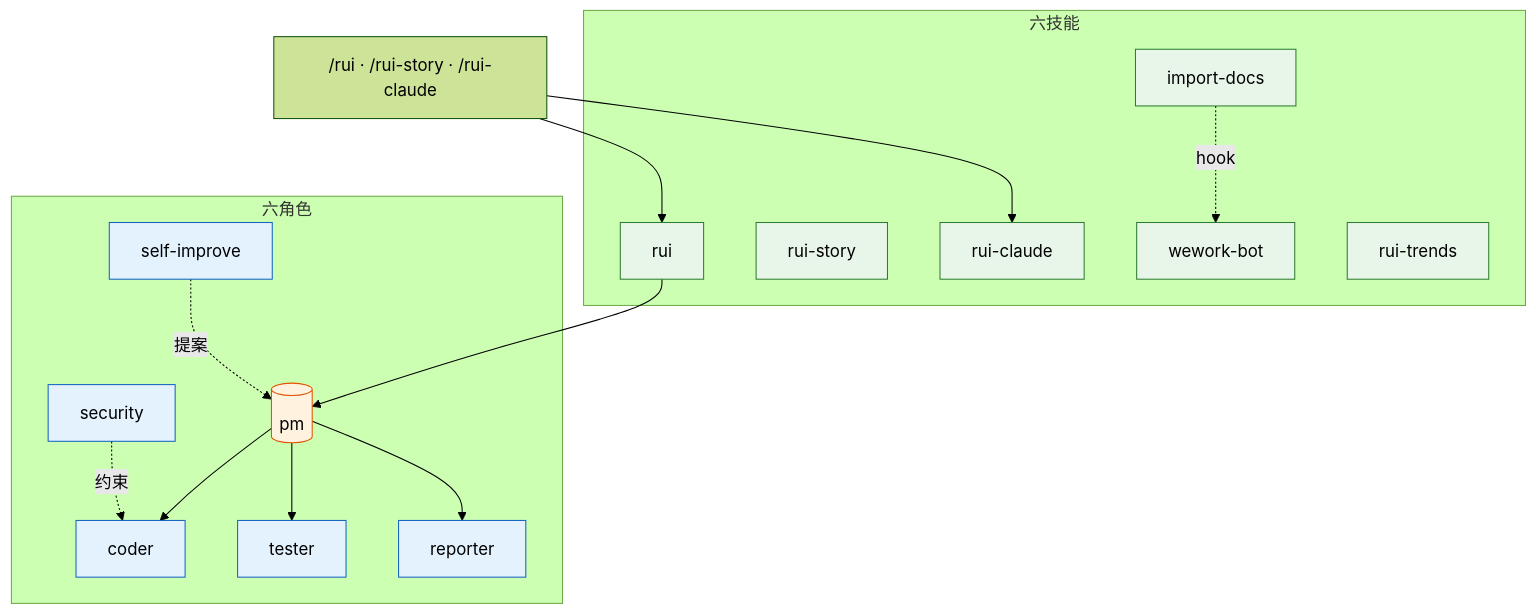
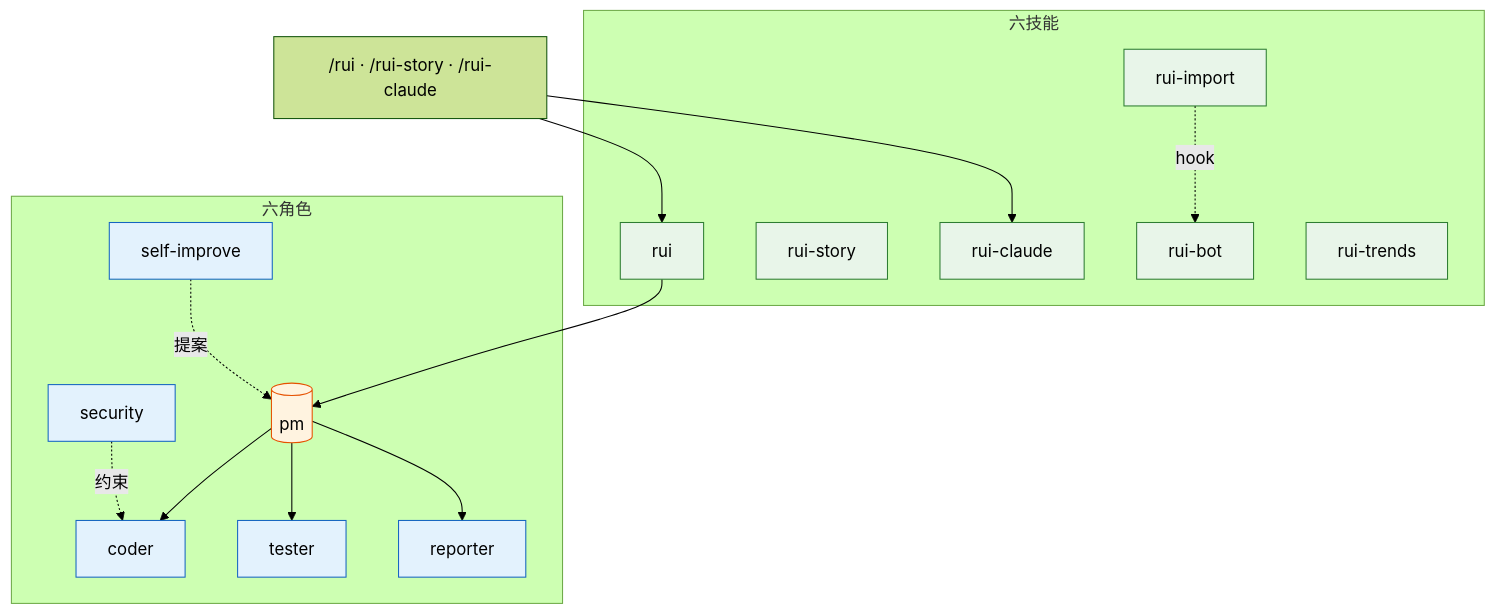
One commit to effiy/YrY changed the first of 6 diagrams in README.md. Above: the diagram before and after it, drawn with Mermaid (forest theme). The commit also changed other lines of this file and 41 other files, not shown here.

````diff
--- a/README.md
+++ b/README.md
@@ -9,33 +9,33 @@
 ```mermaid
 flowchart TD
     CMD["/rui · /rui-story · /rui-claude"]
 
     subgraph Skills[六技能]
         RUI[rui]:::skill
         RS[rui-story]:::skill
         RC[rui-claude]:::skill
-        ID[import-docs]:::skill
-        WW[wework-bot]:::skill
+        ID[rui-import]:::skill
+        WW[rui-bot]:::skill
         TD[rui-trends]:::skill
     end
 
     subgraph Agents[六角色]
         PM[("pm")]:::core
         CODER[coder]:::agent
         TESTER[tester]:::agent
         REPORTER[reporter]:::agent
         SECURITY[security]:::agent
         SI[self-improve]:::agent
     end
 
     CMD --> RUI & RC
     RUI --> PM
     PM --> CODER & TESTER & REPORTER
     SECURITY -.约束.-> CODER
     SI -.提案.-> PM
     ID -.hook.-> WW
 
     classDef core fill:#fff3e0,stroke:#e65100;
     classDef agent fill:#e3f2fd,stroke:#1565c0;
     classDef skill fill:#e8f5e9,stroke:#2e7d32;
 ```
````
